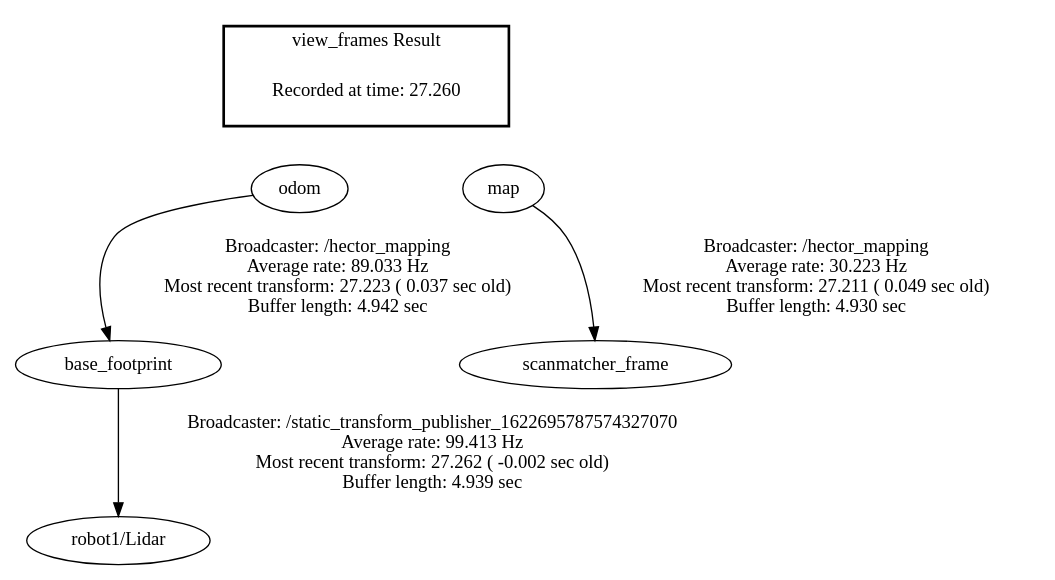
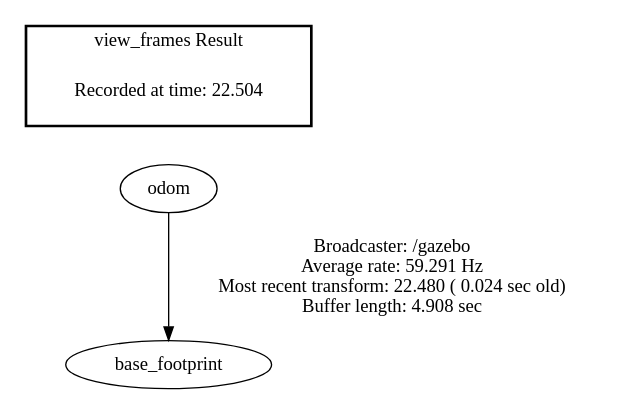
Before and after one commit to jungwoohan72/Multi_Robot_Search_And_Rescue: the diagram in frames.gv, drawn with Graphviz. The commit also changed 2 other files, not shown here.

Commit message:
multiple hector slam

```diff
--- a/frames.gv
+++ b/frames.gv
@@ -1,13 +1,7 @@
 digraph G {
-"odom" -> "base_footprint"[label="Broadcaster: /hector_mapping\nAverage rate: 89.033 Hz\nMost recent transform: 27.223 ( 0.037 sec old)\nBuffer length: 4.942 sec\n"];
-"map" -> "scanmatcher_frame"[label="Broadcaster: /hector_mapping\nAverage rate: 30.223 Hz\nMost recent transform: 27.211 ( 0.049 sec old)\nBuffer length: 4.930 sec\n"];
-"base_footprint" -> "robot1/Lidar"[label="Broadcaster: /static_transform_publisher_1622695787574327070\nAverage rate: 99.413 Hz\nMost recent transform: 27.262 ( -0.002 sec old)\nBuffer length: 4.939 sec\n"];
+"odom" -> "base_footprint"[label="Broadcaster: /gazebo\nAverage rate: 59.291 Hz\nMost recent transform: 22.480 ( 0.024 sec old)\nBuffer length: 4.908 sec\n"];
 edge [style=invis];
  subgraph cluster_legend { style=bold; color=black; label ="view_frames Result";
-"Recorded at time: 27.260"[ shape=plaintext ] ;
- }->"map";
-edge [style=invis];
- subgraph cluster_legend { style=bold; color=black; label ="view_frames Result";
-"Recorded at time: 27.260"[ shape=plaintext ] ;
+"Recorded at time: 22.504"[ shape=plaintext ] ;
  }->"odom";
 }
```
